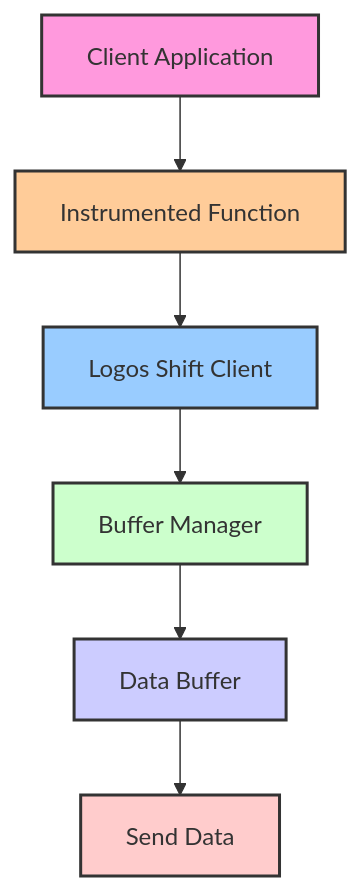
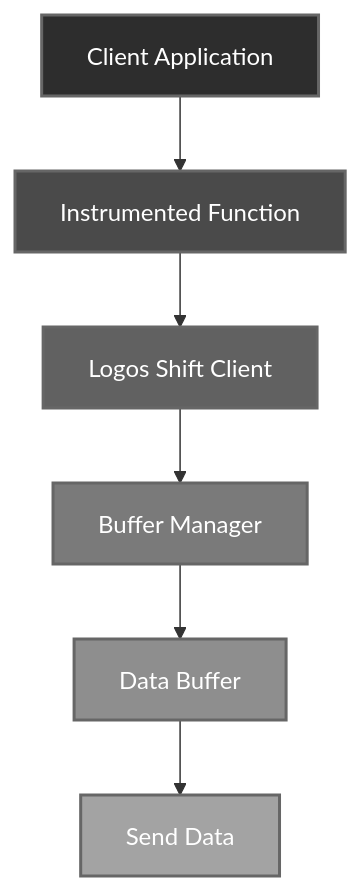
The diagram in README.md (virevolai/logos-shift-client), drawn with Mermaid before and after one commit.

````diff
--- a/README.md
+++ b/README.md
@@ -57,22 +57,22 @@
 ```mermaid
 graph TD
     A[Client Application]
     B[Instrumented Function]
     C[Logos Shift Client]
     D[Buffer Manager]
     E[Data Buffer]
     F[Send Data]
 
     A --> B
     B --> C
     C --> D
     D --> E
     E --> F
 
-    style A fill:#f9d,stroke:#333,stroke-width:2px
-    style B fill:#fc9,stroke:#333,stroke-width:2px
-    style C fill:#9cf,stroke:#333,stroke-width:2px
-    style D fill:#cfc,stroke:#333,stroke-width:2px
-    style E fill:#ccf,stroke:#333,stroke-width:2px
-    style F fill:#fcc,stroke:#333,stroke-width:2px
+    style A fill:#2d2d2d,stroke:#666,stroke-width:2px,color:#fff
+    style B fill:#4a4a4a,stroke:#666,stroke-width:2px,color:#fff
+    style C fill:#616161,stroke:#666,stroke-width:2px,color:#fff
+    style D fill:#7a7a7a,stroke:#666,stroke-width:2px,color:#fff
+    style E fill:#8e8e8e,stroke:#666,stroke-width:2px,color:#fff
+    style F fill:#a3a3a3,stroke:#666,stroke-width:2px,color:#fff
 ```
````
